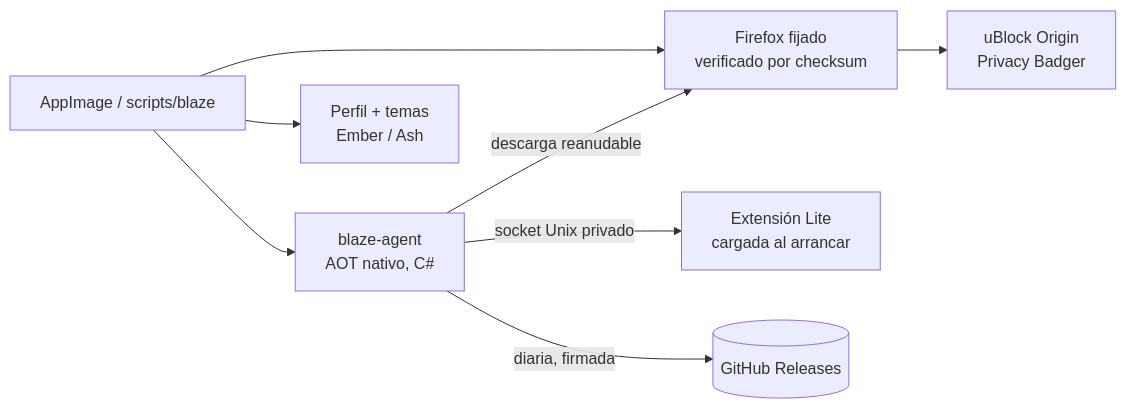
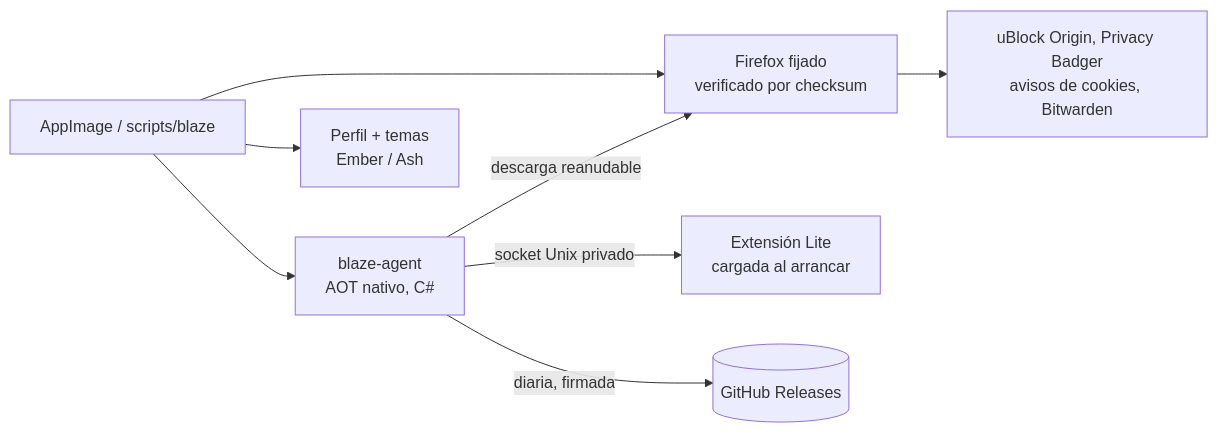
Before and after one commit to vezzulab/blaze: the diagram in README.es.md, drawn with Mermaid. The commit also changed other lines of this file and 30 other files, not shown here.

````diff
--- a/README.es.md
+++ b/README.es.md
@@ -126,10 +127,10 @@
 ```mermaid
 flowchart LR
     A[AppImage / scripts/blaze] --> B[blaze-agent<br/>AOT nativo, C#]
     A --> C[Firefox fijado<br/>verificado por checksum]
     B -- descarga reanudable --> C
     B -- socket Unix privado --> D[Extensión Lite<br/>cargada al arrancar]
     A --> E[Perfil + temas<br/>Ember / Ash]
     B -- diaria, firmada --> F[(GitHub Releases)]
-    C --> G[uBlock Origin<br/>Privacy Badger]
+    C --> G[uBlock Origin, Privacy Badger<br/>avisos de cookies, Bitwarden]
 ```
````
